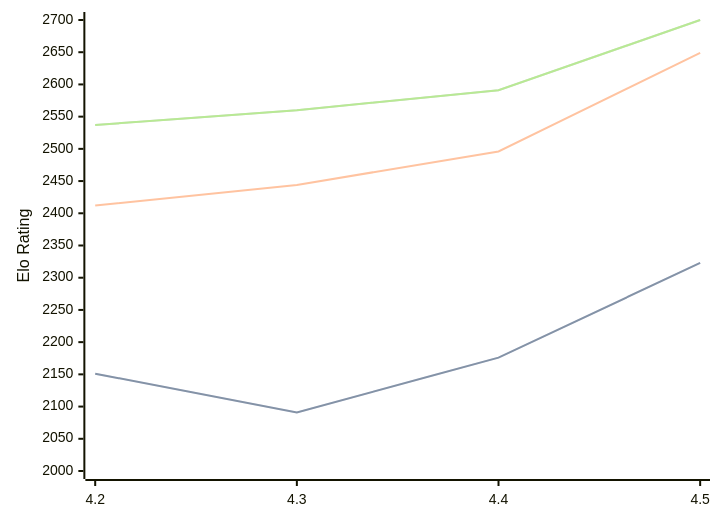
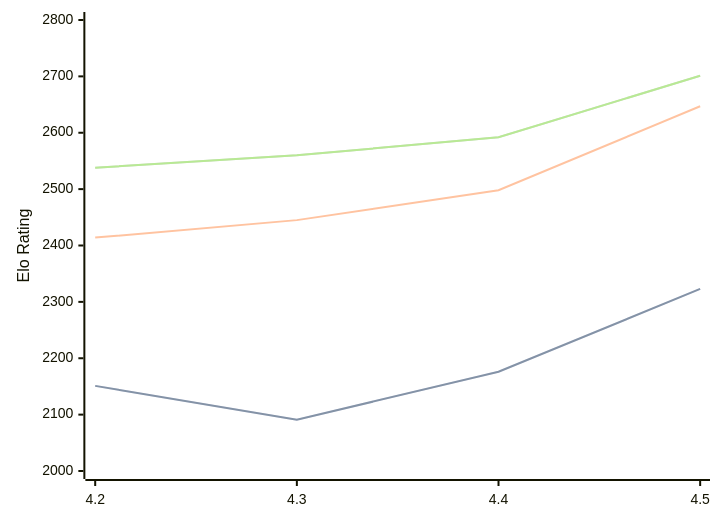
One commit to computer-chess-index/cci changed the first of 3 diagrams in engines/Eubos.md. Above: the diagram before and after it, drawn with Mermaid. The commit also changed other lines of this file, not shown here.

Commit message:
Update CCI Ratings (ELO VLTC) - 2026-06-23

````diff
--- a/engines/Eubos.md
+++ b/engines/Eubos.md
@@ -90,11 +90,11 @@
 ```mermaid
 %%{init: {"theme":"base","themeVariables":{"seriesColors:['#a3a3a3','#222221','#faa371']}}}%%
 xychart-beta
   x-axis ["4.2", "4.3", "4.4", "4.5"]
-  y-axis "Elo Rating" 2000 --> 2700
+  y-axis "Elo Rating" 2000 --> 2800
   line "STC (8.0+0.08s)" [2151, 2091, 2176, 2323]
   line "STC (8.0+0.08s)" [2151, 2091, 2176, 2323]
-  line "LTC (60.0+0.60s)" [2412, 2444, 2496, 2649]
-  line "VLTC (2m24s+1.12s)" [2537, 2560, 2591, 2700]
-  line "VLTC (2m24s+1.12s)" [2537, 2560, 2591, 2700]
+  line "LTC (60.0+0.60s)" [2414, 2445, 2498, 2647]
+  line "VLTC (2m24s+1.12s)" [2538, 2560, 2592, 2701]
+  line "VLTC (2m24s+1.12s)" [2538, 2560, 2592, 2701]
 ```
````
